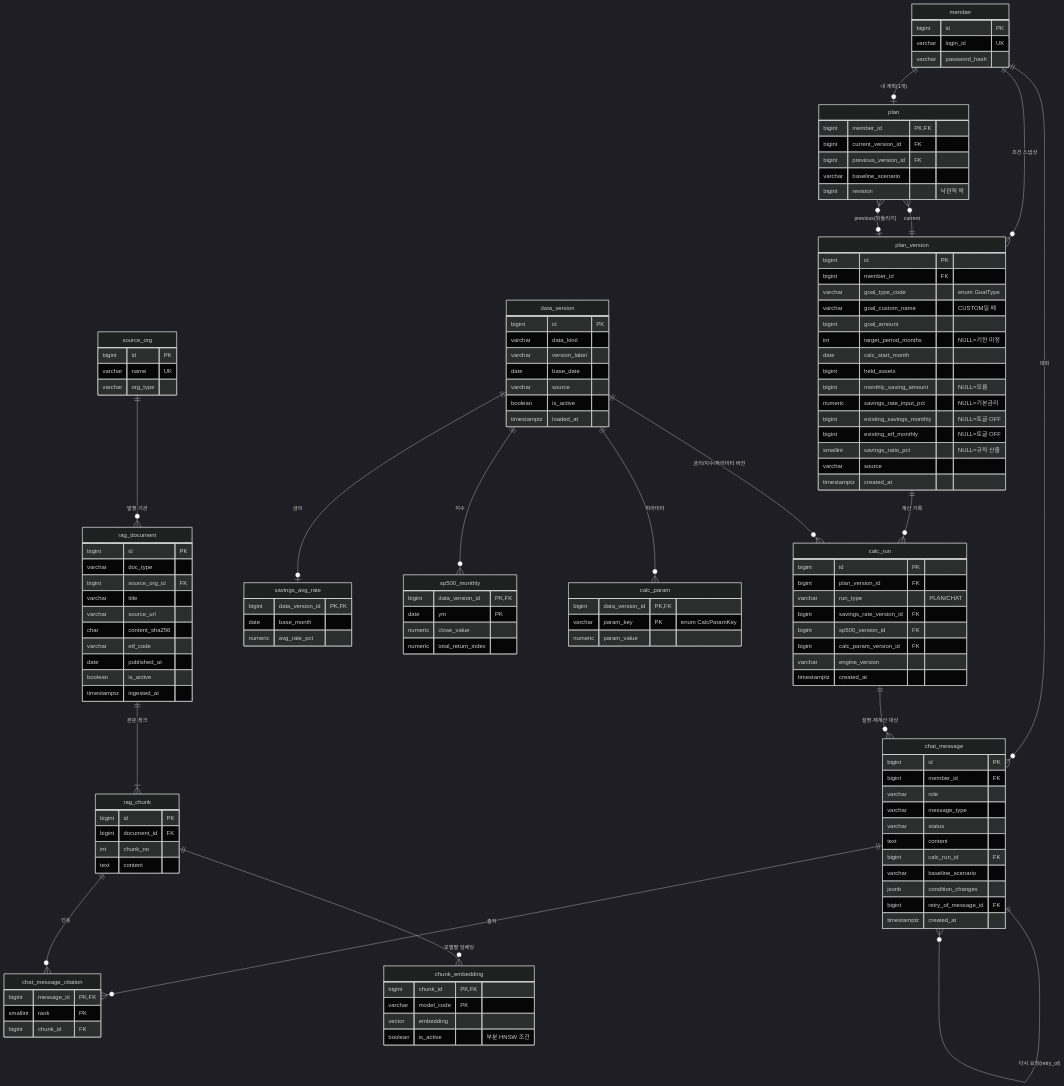
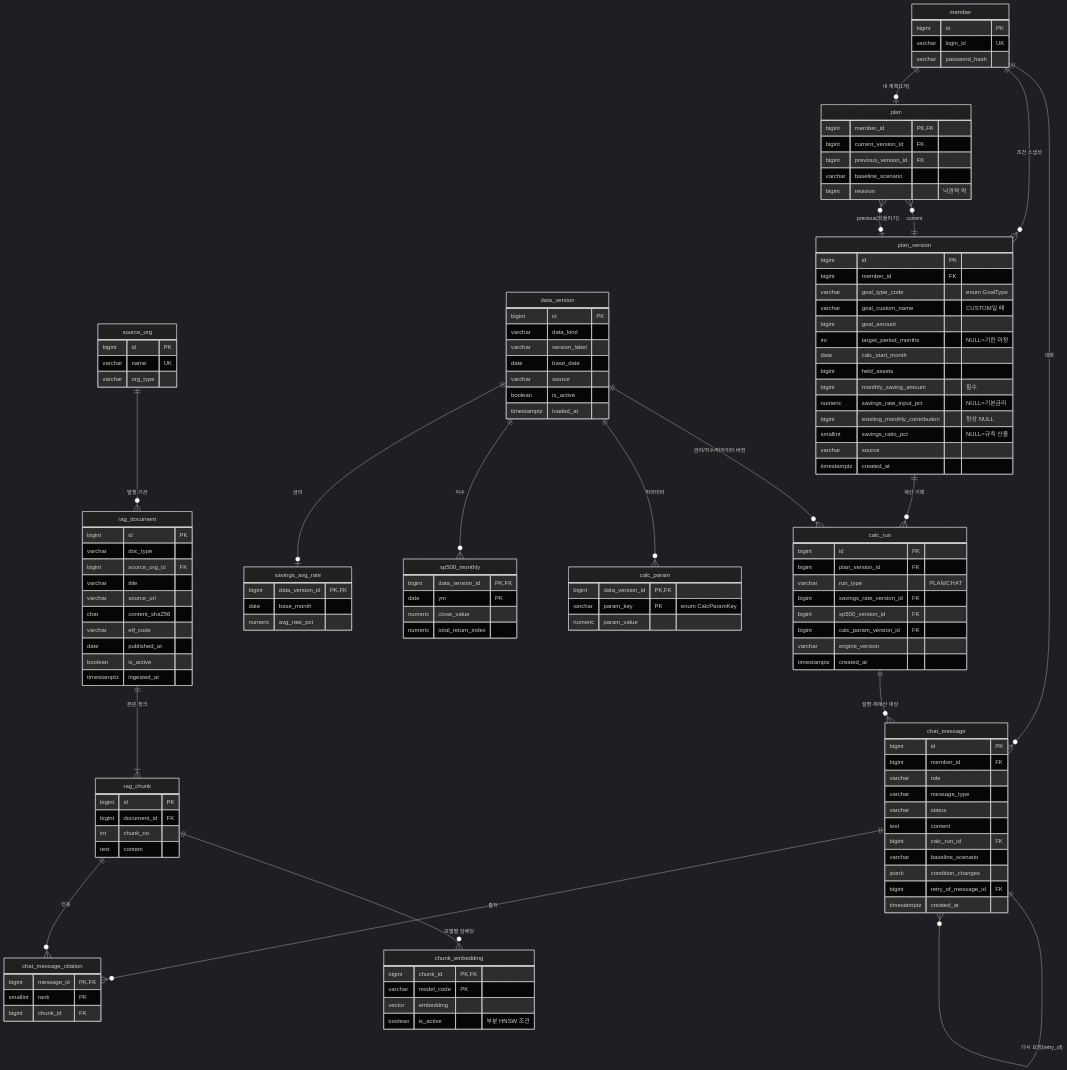
Before and after one commit to shinhan-career-next-team-4/moeun: the diagram in db/erd.md, drawn with Mermaid (dark theme). The commit also changed other lines of this file and 21 other files, not shown here.

```diff
--- a/db/erd.md
+++ b/db/erd.md
@@ -60,10 +60,9 @@
         int target_period_months "NULL=기한 미정"
         date calc_start_month
         bigint held_assets
-        bigint monthly_saving_amount "NULL=모름"
+        bigint monthly_saving_amount "필수"
         numeric savings_rate_input_pct "NULL=기본금리"
-        bigint existing_savings_monthly "NULL=토글 OFF"
-        bigint existing_etf_monthly "NULL=토글 OFF"
+        bigint existing_monthly_contribution "항상 NULL"
         smallint savings_ratio_pct "NULL=규칙 산출"
         varchar source
         timestamptz created_at
```
